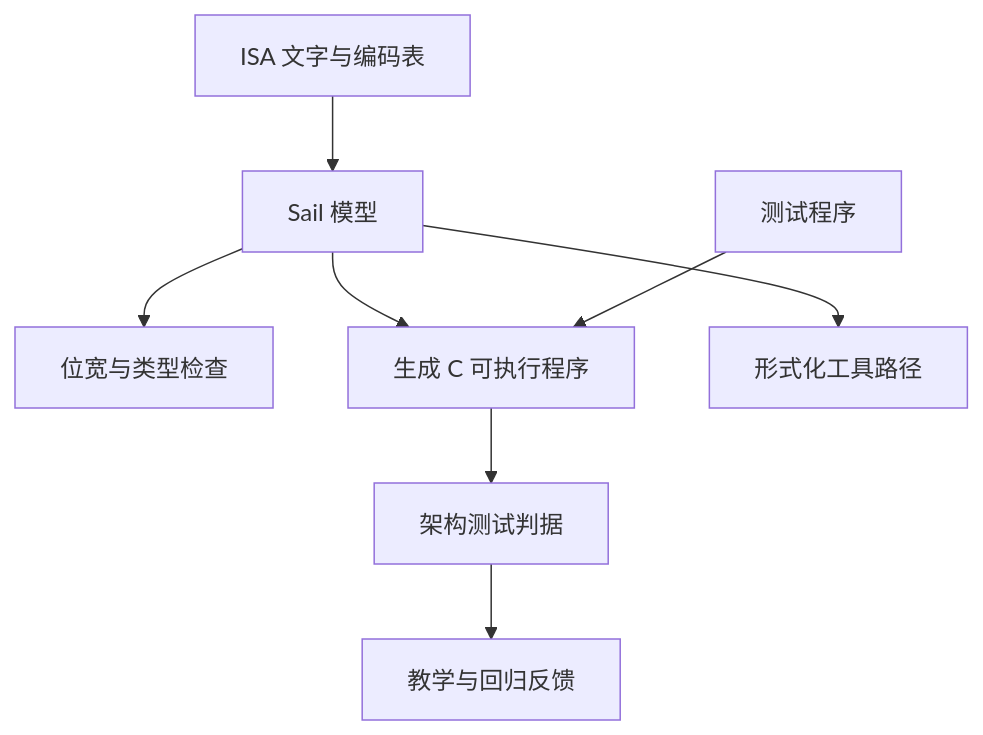
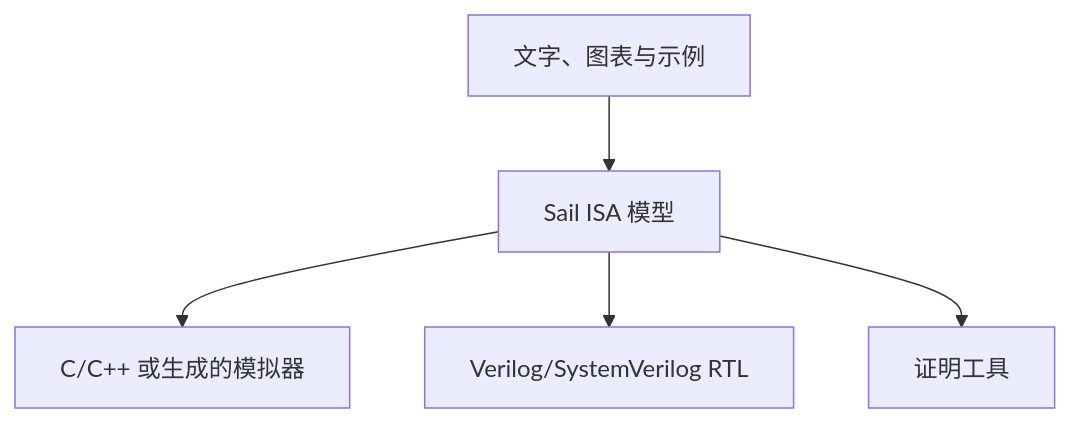
Before and after one commit to VIDLG/verylogic-workspace-sail: the diagram in site/docs/zh/why-sail.mdx, drawn with Mermaid. The commit also changed other lines of this file and 2 other files, not shown here.

Commit message:
docs: teach Sail tradeoffs through ISA examples

````diff
--- a/site/docs/zh/why-sail.mdx
+++ b/site/docs/zh/why-sail.mdx
@@ -85,10 +19,7 @@
 ```mermaid
 flowchart TD
-    Manual[ISA 文字与编码表] --> Model[Sail 模型]
-    Model --> Types[位宽与类型检查]
-    Model --> Native[生成 C 可执行程序]
-    Model --> Formal[形式化工具路径]
-    Programs[测试程序] --> Native
-    Native --> Oracle[架构测试判据]
-    Oracle --> Feedback[教学与回归反馈]
+    Manual[文字、图表与示例] --> ISA[Sail ISA 模型]
+    ISA --> Emulator[C/C++ 或生成的模拟器]
+    ISA --> RTL[Verilog/SystemVerilog RTL]
+    ISA --> Proof[证明工具]
 ```
````
